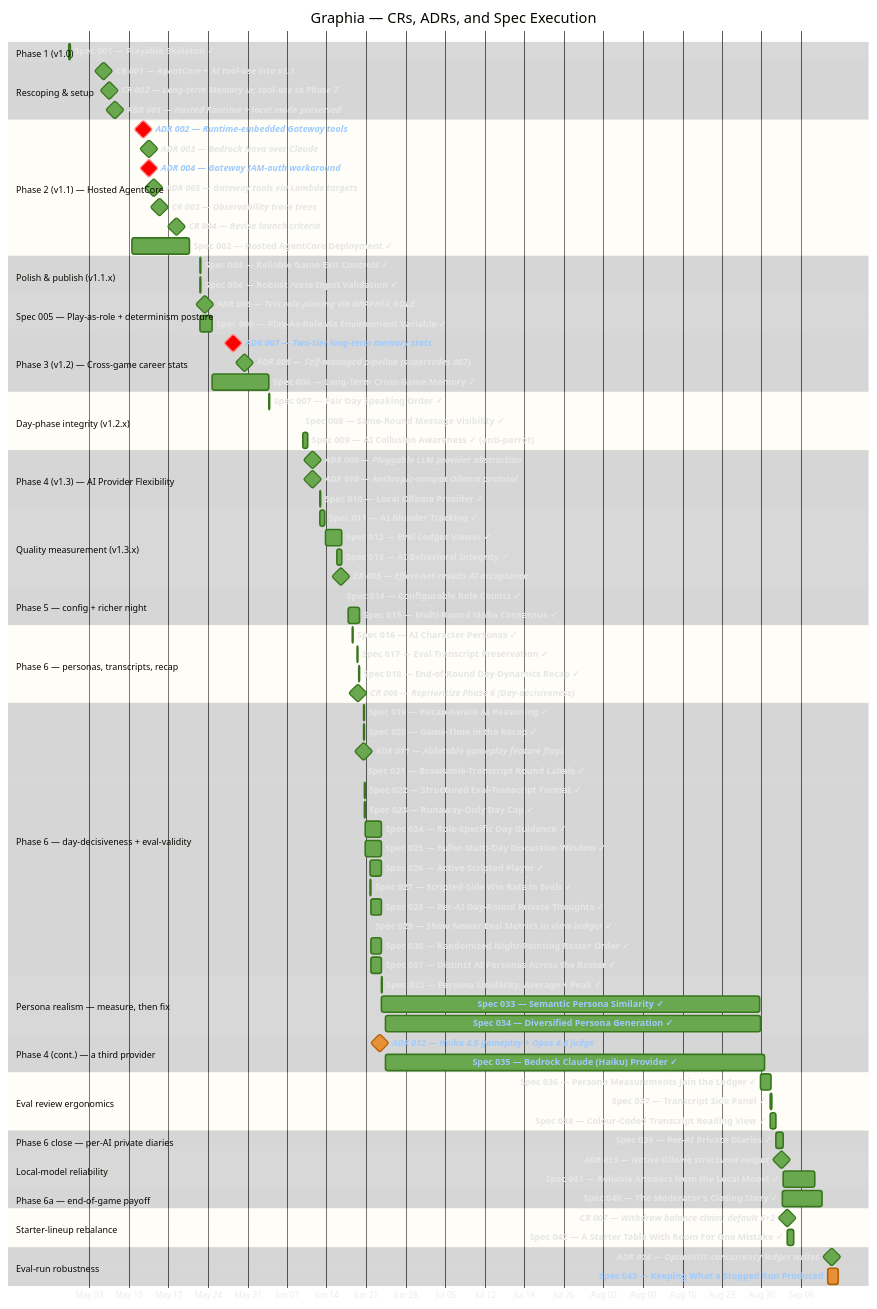
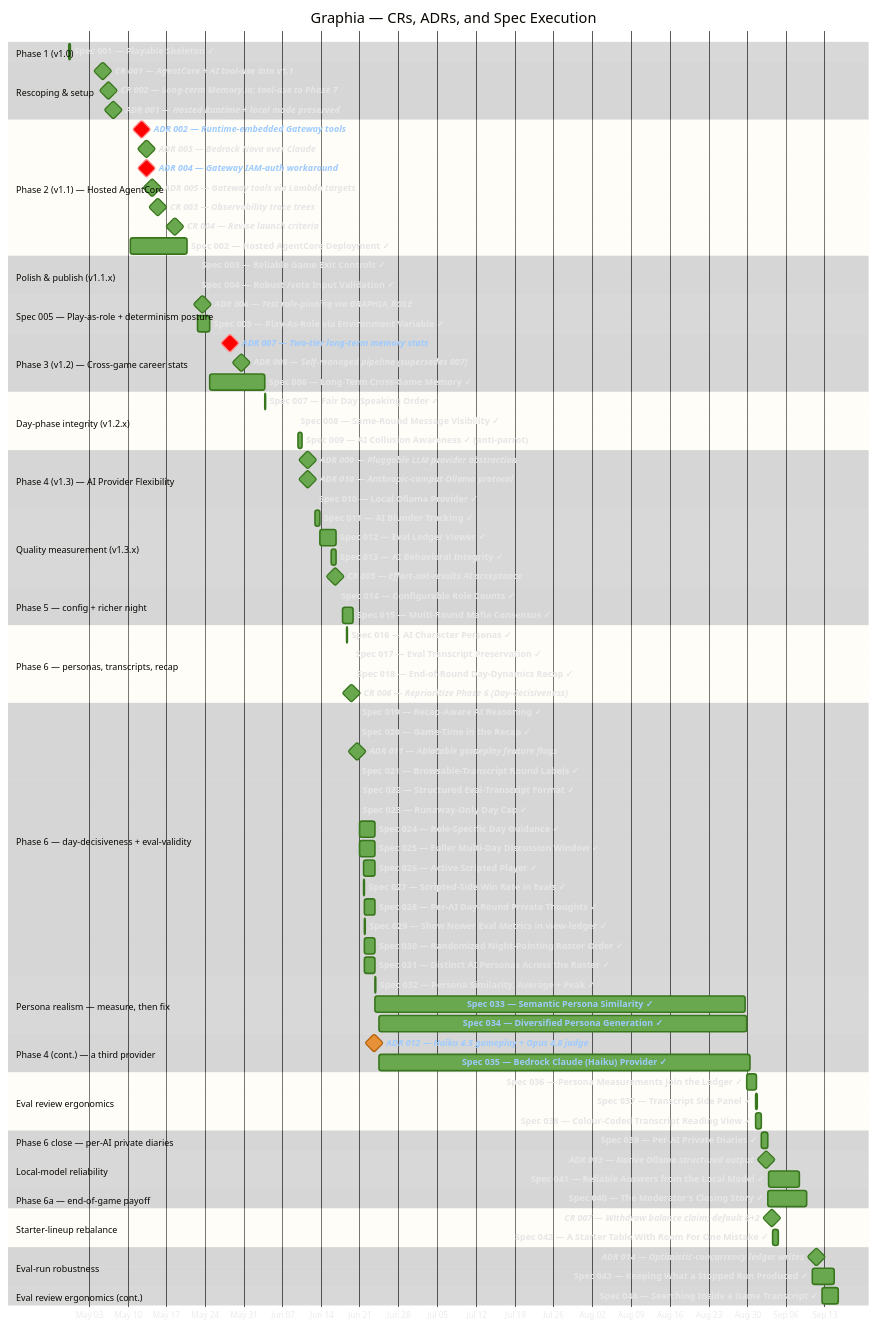
One commit to tigra/graphia changed the diagram in context/project-timeline.md. Above: the diagram before and after it, drawn with Mermaid. The commit also changed other lines of this file and 1 other file, not shown here.

````diff
--- a/context/project-timeline.md
+++ b/context/project-timeline.md
@@ -124,7 +124,10 @@
 
     section Eval-run robustness
     ADR 014 — Optimistic-concurrency ledger writes        :milestone, done, a14, 2026-09-11 12:00, 0d
-    Spec 043 — Keeping What a Stopped Run Produced        :active, sp43, 2026-09-10 18:31, 2026-09-12 14:00
+    Spec 043 — Keeping What a Stopped Run Produced ✓      :done, sp43, 2026-09-10 18:31, 2026-09-14 16:52
+
+    section Eval review ergonomics (cont.)
+    Spec 044 — Searching Inside a Game Transcript ✓       :done, sp44, 2026-09-12 13:33, 2026-09-15 11:11
 
     click sp1 href "https://github.com/tigra/graphia/tree/main/context/spec/001-playable-skeleton"
     click m1 href "https://github.com/tigra/graphia/blob/main/context/change-requests/001-agentcore-and-tools-in-scope.md"
@@ -190,4 +193,5 @@
     click sp42 href "https://github.com/tigra/graphia/tree/main/context/spec/042-default-lineup-six-plus-two"
     click a14 href "https://github.com/tigra/graphia/blob/main/context/adr/014-optimistic-concurrency-ledger-writes.md"
     click sp43 href "https://github.com/tigra/graphia/tree/main/context/spec/043-partial-eval-runs"
+    click sp44 href "https://github.com/tigra/graphia/tree/main/context/spec/044-transcript-search"
 ```
````
